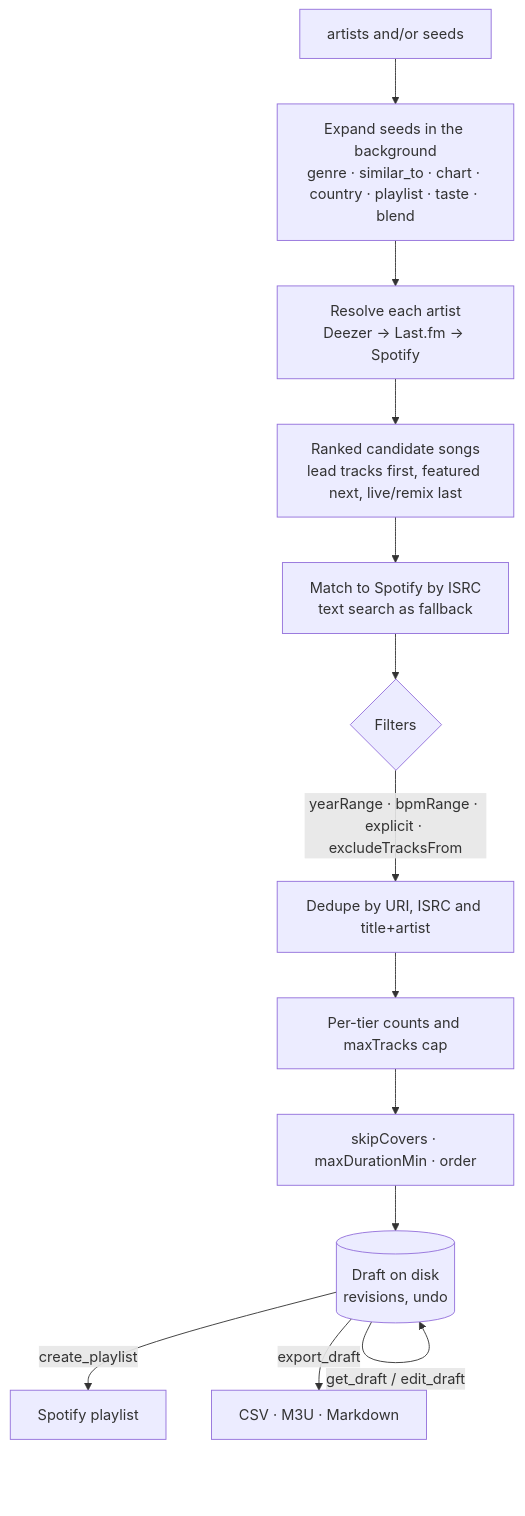
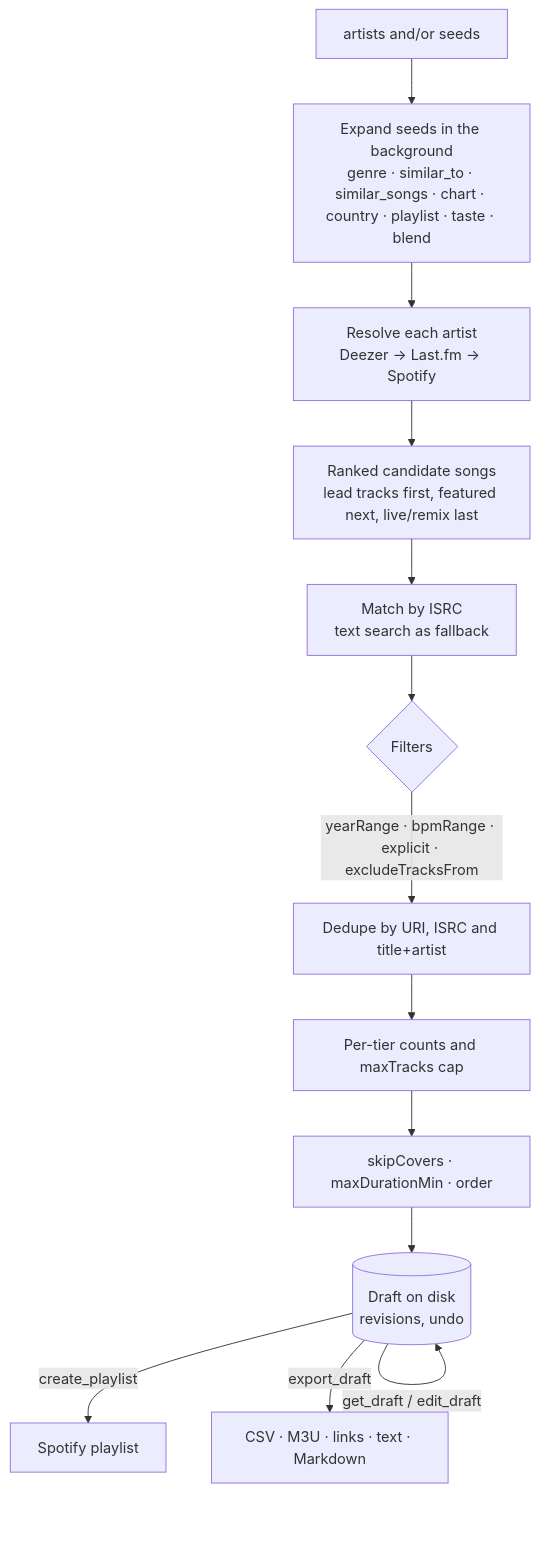
The second of 3 diagrams in README.md (SHREESHMAN/lineupify), drawn with Mermaid before and after one commit. The commit also changed other lines of this file and 2 other files, not shown here.

````diff
--- a/README.md
+++ b/README.md
@@ -193,15 +258,15 @@
 ```mermaid
 flowchart TD
-    A[artists and/or seeds] --> B[Expand seeds in the background<br/>genre · similar_to · chart · country · playlist · taste · blend]
+    A[artists and/or seeds] --> B[Expand seeds in the background<br/>genre · similar_to · similar_songs · chart · country · playlist · taste · blend]
     B --> C[Resolve each artist<br/>Deezer → Last.fm → Spotify]
     C --> D[Ranked candidate songs<br/>lead tracks first, featured next, live/remix last]
-    D --> E[Match to Spotify by ISRC<br/>text search as fallback]
+    D --> E[Match by ISRC<br/>text search as fallback]
     E --> F{Filters}
     F -->|yearRange · bpmRange · explicit · excludeTracksFrom| G[Dedupe by URI, ISRC and title+artist]
     G --> H[Per-tier counts and maxTracks cap]
     H --> I[skipCovers · maxDurationMin · order]
     I --> J[(Draft on disk<br/>revisions, undo)]
     J -->|get_draft / edit_draft| J
     J -->|create_playlist| K[Spotify playlist]
-    J -->|export_draft| L[CSV · M3U · Markdown]
+    J -->|export_draft| L[CSV · M3U · links · text · Markdown]
 ```
````
